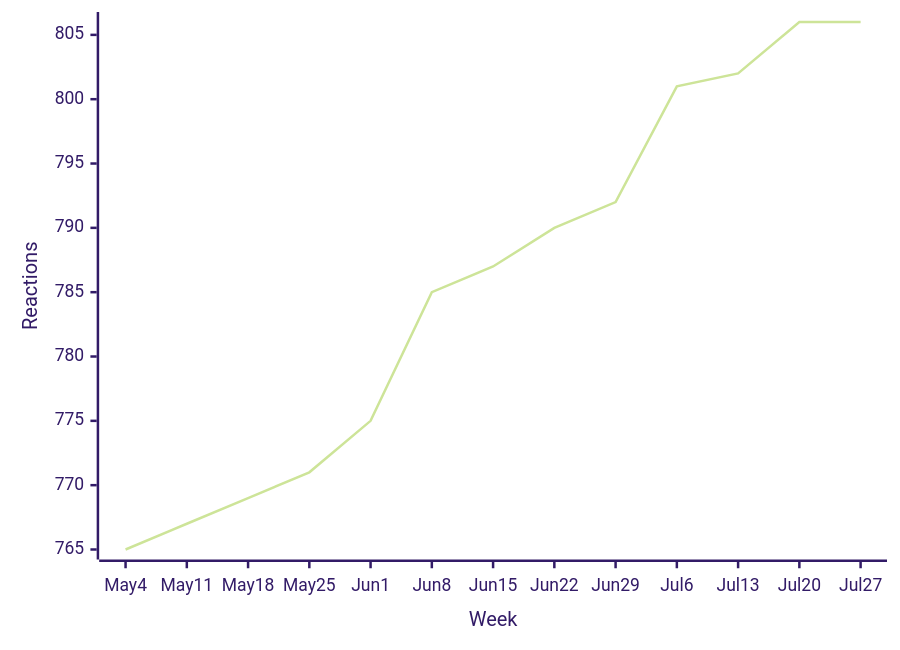
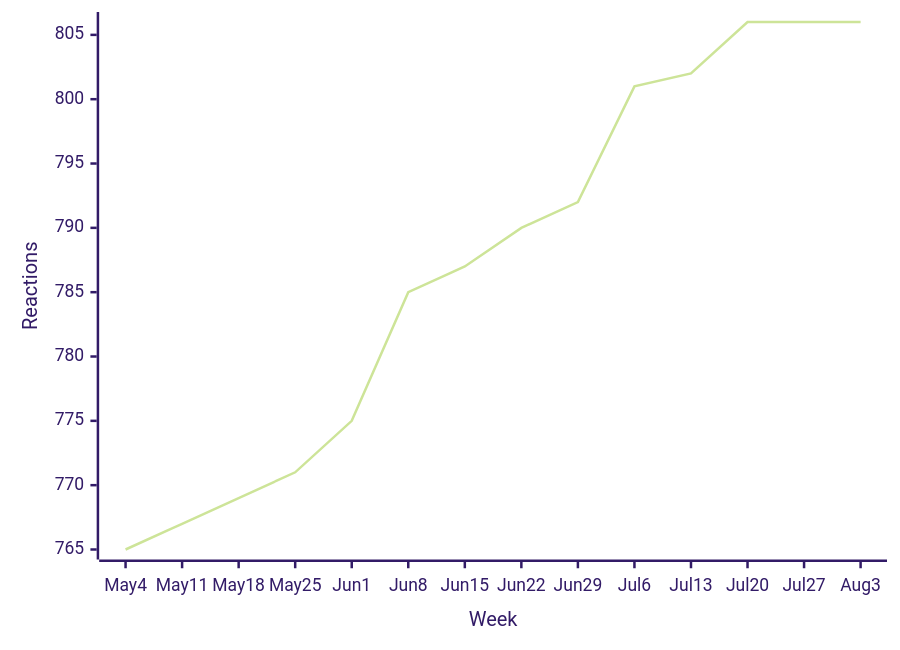
One commit to loic-sharma/github-insights changed the first of 44 diagrams in README.md. Above: the diagram before and after it, drawn with Mermaid (forest theme). The commit also changed other lines of this file and 3 other files, not shown here.

````diff
--- a/README.md
+++ b/README.md
@@ -339,6 +339,6 @@
   ```mermaid
   xychart-beta
-    x-axis "Week" [May 4, May 11, May 18, May 25, Jun 1, Jun 8, Jun 15, Jun 22, Jun 29, Jul 6, Jul 13, Jul 20, Jul 27]
+    x-axis "Week" [May 4, May 11, May 18, May 25, Jun 1, Jun 8, Jun 15, Jun 22, Jun 29, Jul 6, Jul 13, Jul 20, Jul 27, Aug 3]
     y-axis "Reactions"
-    line [765, 767, 769, 771, 775, 785, 787, 790, 792, 801, 802, 806, 806]
+    line [765, 767, 769, 771, 775, 785, 787, 790, 792, 801, 802, 806, 806, 806]
   ```
````
